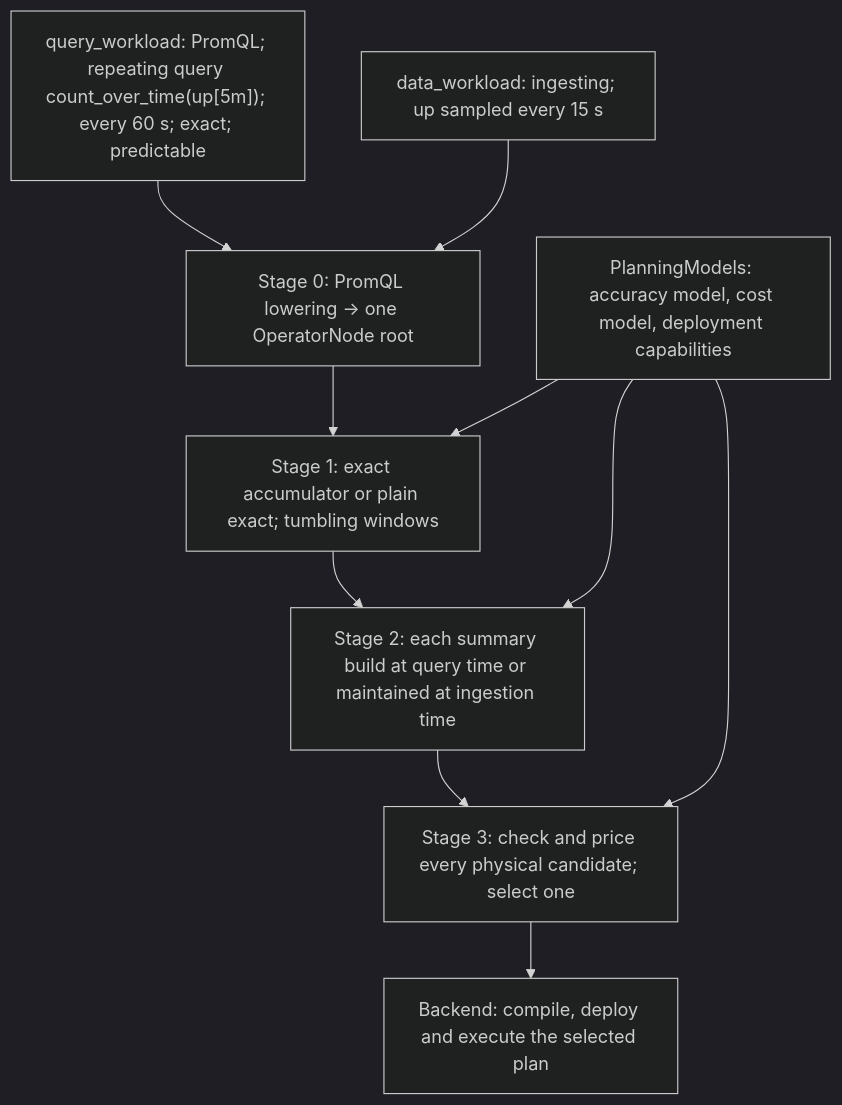
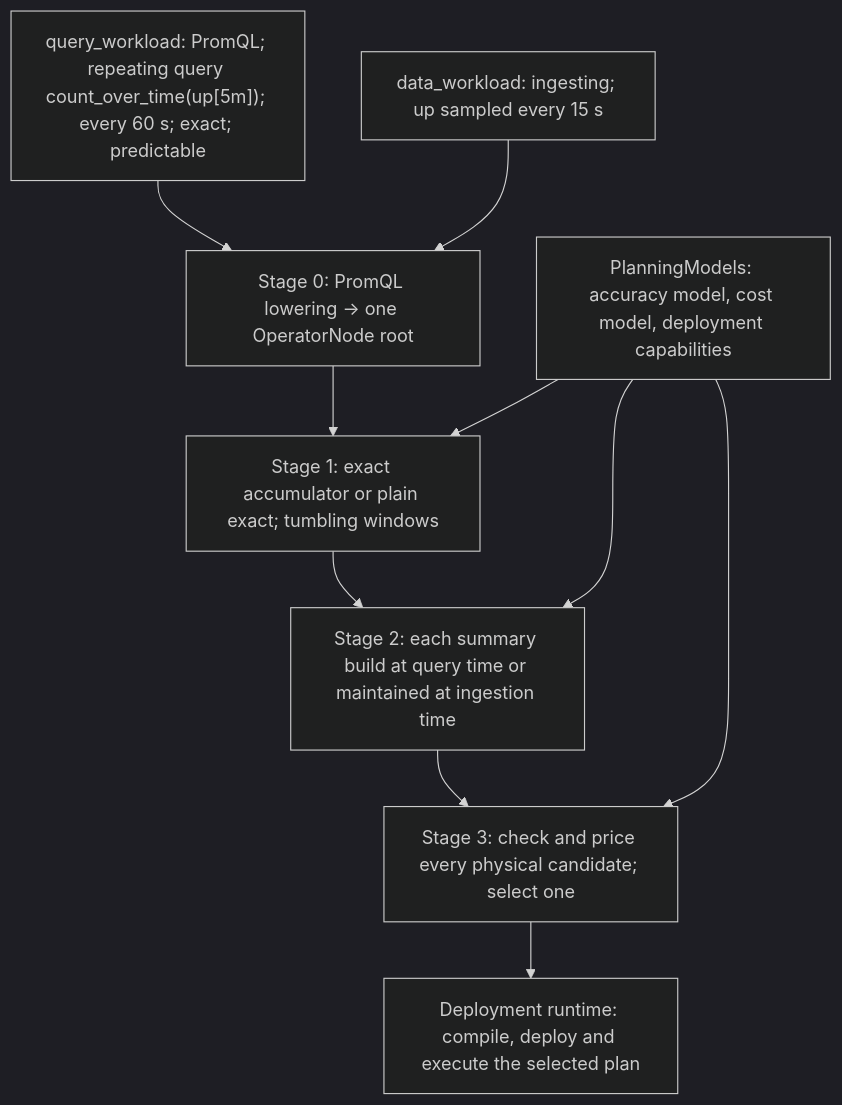
The diagram in docs/design_docs/architecture/input-output-workflow.md (ProjectASAP/ASAPPlanner), drawn with Mermaid (dark theme) before and after one commit. The commit also changed other lines of this file and 26 other files, not shown here.

First line of the commit message:
docs(architecture): the current type chain through the stages; Stage 0 is lowering and hash-consing; no downstream repo names (#1547)

````diff
--- a/docs/design_docs/architecture/input-output-workflow.md
+++ b/docs/design_docs/architecture/input-output-workflow.md
@@ -55,17 +55,17 @@
 ```mermaid
 flowchart TD
     Q["query_workload: PromQL; repeating query count_over_time(up[5m]); every 60 s; exact; predictable"]
     D["data_workload: ingesting; up sampled every 15 s"]
     M["PlanningModels: accuracy model, cost model, deployment capabilities"]
     F["Stage 0: PromQL lowering → one OperatorNode root"]
     S1["Stage 1: exact accumulator or plain exact; tumbling windows"]
     S2["Stage 2: each summary build at query time or maintained at ingestion time"]
     S3["Stage 3: check and price every physical candidate; select one"]
-    B["Backend: compile, deploy and execute the selected plan"]
+    B["Deployment runtime: compile, deploy and execute the selected plan"]
     Q --> F
     D --> F
     F --> S1 --> S2 --> S3 --> B
     M --> S1
     M --> S2
     M --> S3
 ```
````
